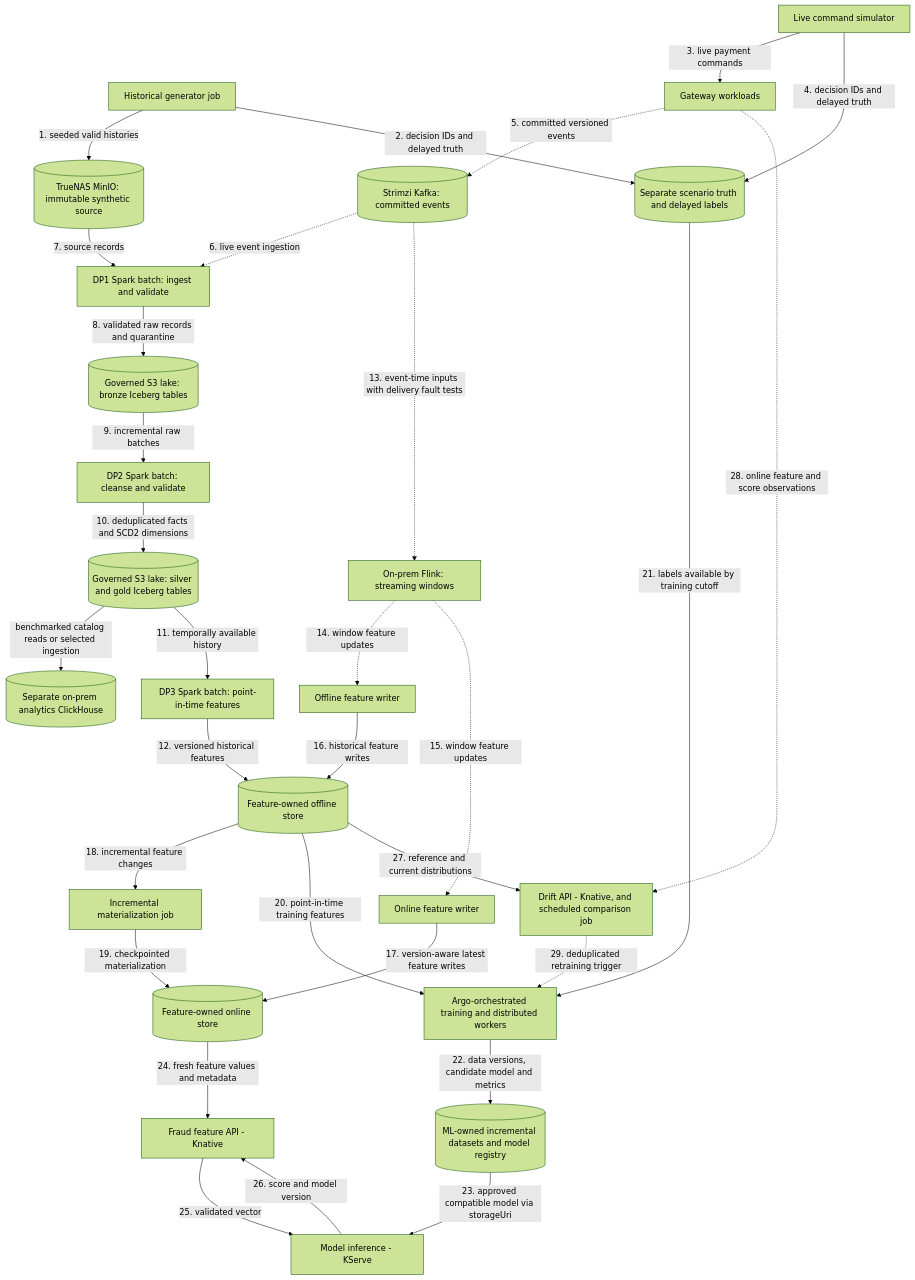
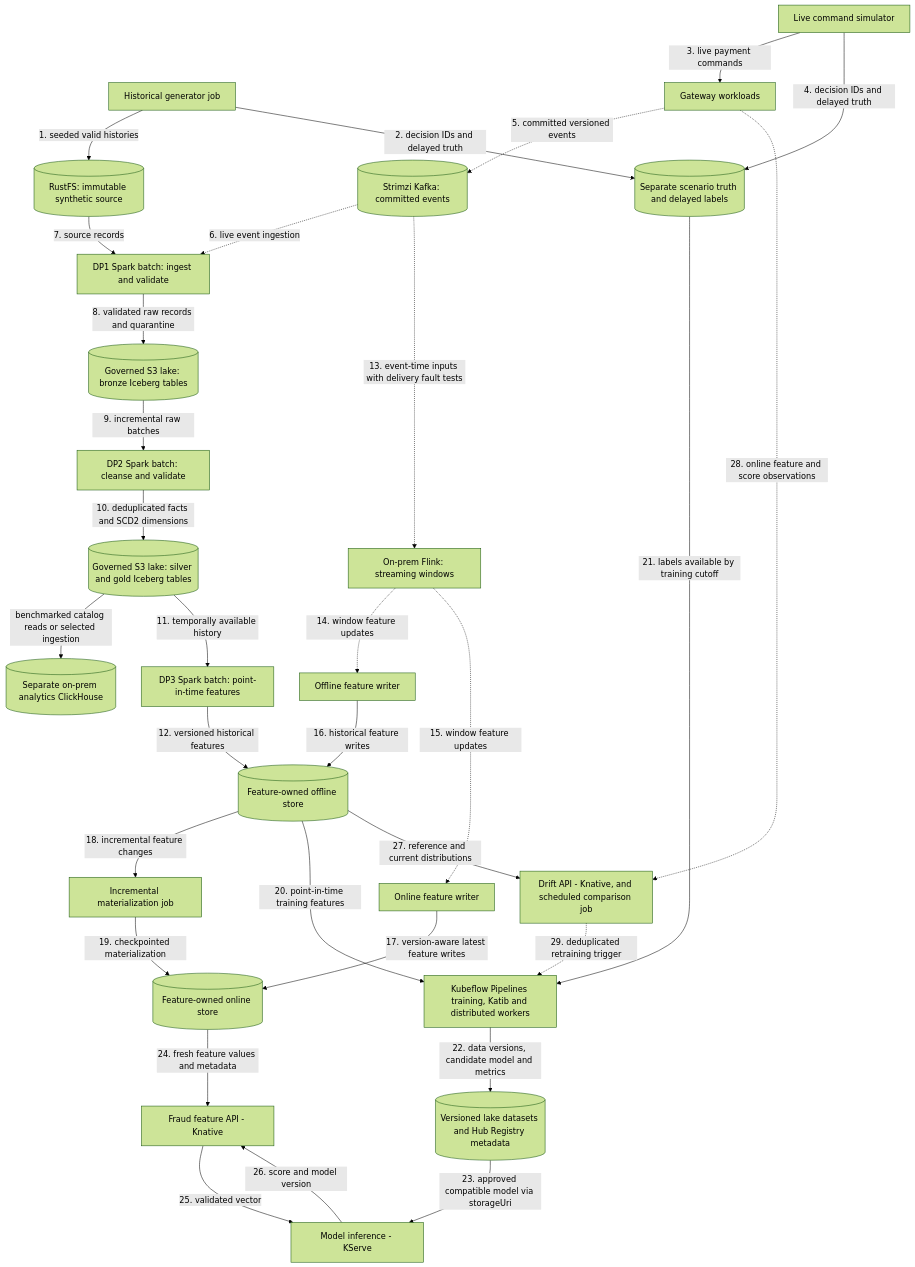
Before and after one commit to phuchoang2603/realtime-credit-card-fraud-detection: the diagram in docs/architecture/data-ml-flows.md, drawn with Mermaid (forest theme). The commit also changed other lines of this file and 9 other files, not shown here.

````diff
--- a/docs/architecture/data-ml-flows.md
+++ b/docs/architecture/data-ml-flows.md
@@ -9,56 +9,56 @@
 ```mermaid
 flowchart TB
     H["Historical generator job"]
     L["Live command simulator"]
     G["Gateway workloads"]
     T[("Separate scenario truth and delayed labels")]
-    S[("TrueNAS MinIO: immutable synthetic source")]
+    S[("RustFS: immutable synthetic source")]
     Q[("Strimzi Kafka: committed events")]
     D1["DP1 Spark batch: ingest and validate"]
     B[("Governed S3 lake: bronze Iceberg tables")]
     D2["DP2 Spark batch: cleanse and validate"]
     C[("Governed S3 lake: silver and gold Iceberg tables")]
     CH[("Separate on-prem analytics ClickHouse")]
     D3["DP3 Spark batch: point-in-time features"]
     O[("Feature-owned offline store")]
     W["On-prem Flink: streaming windows"]
     WO["Offline feature writer"]
     WN["Online feature writer"]
     N[("Feature-owned online store")]
     MT["Incremental materialization job"]
-    TR["Argo-orchestrated training and distributed workers"]
-    MR[("ML-owned incremental datasets and model registry")]
+    TR["Kubeflow Pipelines training, Katib and distributed workers"]
+    MR[("Versioned lake datasets and Hub Registry metadata")]
     F["Fraud feature API - Knative"]
     I["Model inference - KServe"]
     D["Drift API - Knative, and scheduled comparison job"]
     H -->|"1. seeded valid histories"| S
     H -->|"2. decision IDs and delayed truth"| T
     L -->|"3. live payment commands"| G
     L -->|"4. decision IDs and delayed truth"| T
     G -.->|"5. committed versioned events"| Q
     Q -.->|"6. live event ingestion"| D1
     S -->|"7. source records"| D1
     D1 -->|"8. validated raw records and quarantine"| B
     B -->|"9. incremental raw batches"| D2
     D2 -->|"10. deduplicated facts and SCD2 dimensions"| C
     C -->|"benchmarked catalog reads or selected ingestion"| CH
     C -->|"11. temporally available history"| D3
     D3 -->|"12. versioned historical features"| O
     Q -.->|"13. event-time inputs with delivery fault tests"| W
     W -.->|"14. window feature updates"| WO
     W -.->|"15. window feature updates"| WN
     WO -->|"16. historical feature writes"| O
     WN -->|"17. version-aware latest feature writes"| N
     O -->|"18. incremental feature changes"| MT
     MT -->|"19. checkpointed materialization"| N
     O -->|"20. point-in-time training features"| TR
     T -->|"21. labels available by training cutoff"| TR
     TR -->|"22. data versions, candidate model and metrics"| MR
     MR -->|"23. approved compatible model via storageUri"| I
     N -->|"24. fresh feature values and metadata"| F
     F -->|"25. validated vector"| I
     I -->|"26. score and model version"| F
     O -->|"27. reference and current distributions"| D
     G -.->|"28. online feature and score observations"| D
     D -.->|"29. deduplicated retraining trigger"| TR
 ```
````
